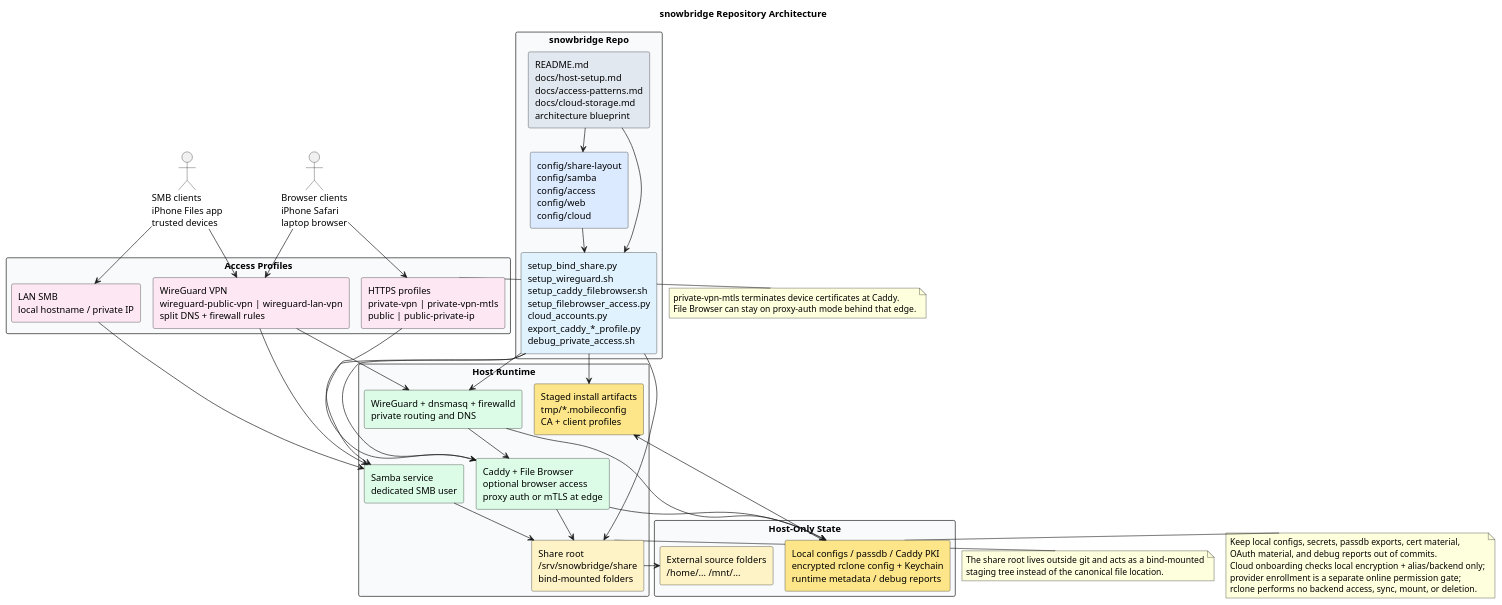
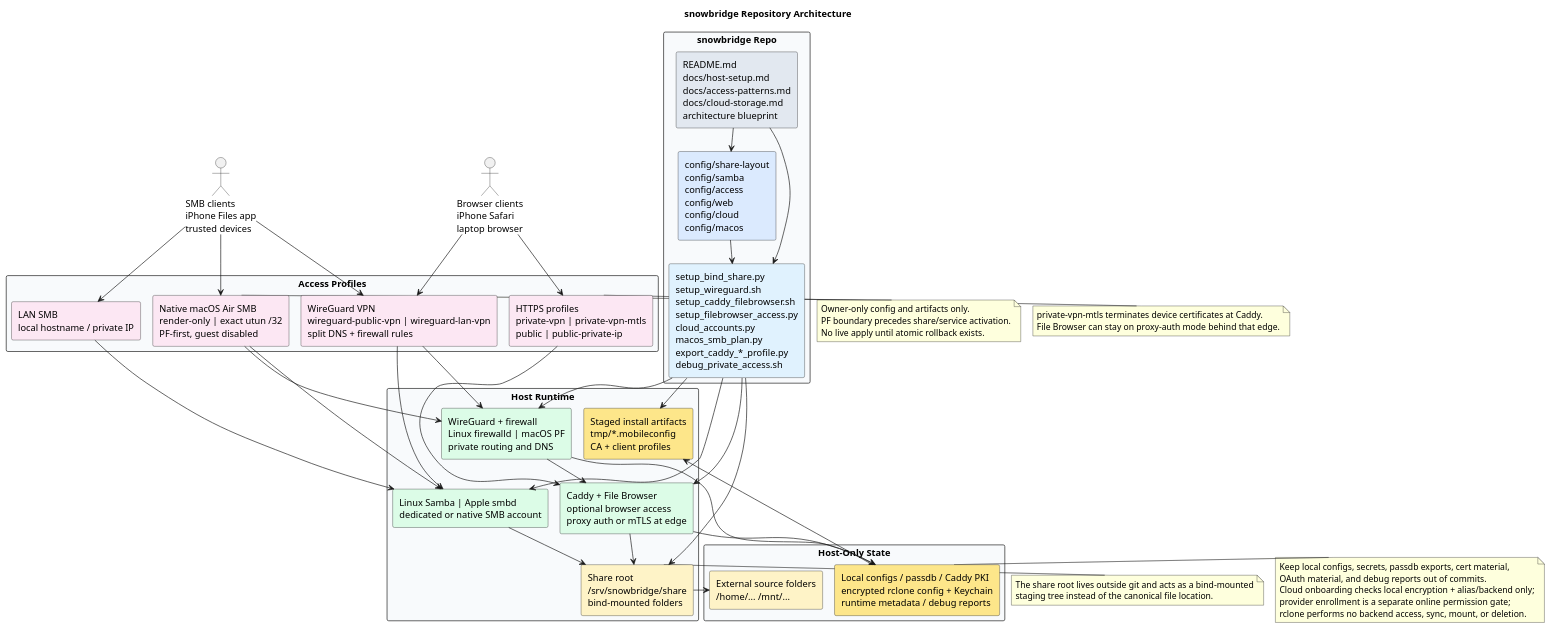
Before and after one commit to casonk/snowbridge: the diagram in docs/diagrams/repo-architecture.puml, drawn with PlantUML. The commit also changed 16 other files, not shown here.

First line of the commit message:
feat: add the macOS Air FileBrowser runtime and SMB share planner (#4)

```diff
--- a/docs/diagrams/repo-architecture.puml
+++ b/docs/diagrams/repo-architecture.puml
@@ -1,81 +1,91 @@
 @startuml
 !pragma layout smetana
 title snowbridge Repository Architecture
 skinparam shadowing false
 skinparam defaultFontName Monospace
 skinparam packageStyle rectangle
 skinparam linetype ortho
 
 actor "SMB clients\niPhone Files app\ntrusted devices" as smb_clients
 actor "Browser clients\niPhone Safari\nlaptop browser" as browser_clients
 
 package "Access Profiles" #F8FAFC {
   rectangle "LAN SMB\nlocal hostname / private IP" as lan_smb #FCE7F3
+  rectangle "Native macOS Air SMB\nrender-only | exact utun /32\nPF-first, guest disabled" as macos_air_smb #FCE7F3
   rectangle "WireGuard VPN\nwireguard-public-vpn | wireguard-lan-vpn\nsplit DNS + firewall rules" as wireguard_profiles #FCE7F3
   rectangle "HTTPS profiles\nprivate-vpn | private-vpn-mtls\npublic | public-private-ip" as https_profiles #FCE7F3
 }
 
 package "snowbridge Repo" #F8FAFC {
   rectangle "README.md\ndocs/host-setup.md\ndocs/access-patterns.md\ndocs/cloud-storage.md\narchitecture blueprint" as repo_docs #E2E8F0
-  rectangle "config/share-layout\nconfig/samba\nconfig/access\nconfig/web\nconfig/cloud" as repo_config #DBEAFE
-  rectangle "setup_bind_share.py\nsetup_wireguard.sh\nsetup_caddy_filebrowser.sh\nsetup_filebrowser_access.py\ncloud_accounts.py\nexport_caddy_*_profile.py\ndebug_private_access.sh" as repo_scripts #E0F2FE
+  rectangle "config/share-layout\nconfig/samba\nconfig/access\nconfig/web\nconfig/cloud\nconfig/macos" as repo_config #DBEAFE
+  rectangle "setup_bind_share.py\nsetup_wireguard.sh\nsetup_caddy_filebrowser.sh\nsetup_filebrowser_access.py\ncloud_accounts.py\nmacos_smb_plan.py\nexport_caddy_*_profile.py\ndebug_private_access.sh" as repo_scripts #E0F2FE
 }
 
 package "Host Runtime" #F8FAFC {
-  rectangle "Samba service\ndedicated SMB user" as samba_service #DCFCE7
+  rectangle "Linux Samba | Apple smbd\ndedicated or native SMB account" as samba_service #DCFCE7
   rectangle "Share root\n/srv/snowbridge/share\nbind-mounted folders" as share_root #FEF3C7
-  rectangle "WireGuard + dnsmasq + firewalld\nprivate routing and DNS" as private_access #DCFCE7
+  rectangle "WireGuard + firewall\nLinux firewalld | macOS PF\nprivate routing and DNS" as private_access #DCFCE7
   rectangle "Caddy + File Browser\noptional browser access\nproxy auth or mTLS at edge" as web_stack #DCFCE7
   rectangle "Staged install artifacts\ntmp/*.mobileconfig\nCA + client profiles" as staged_profiles #FDE68A
 }
 
 package "Host-Only State" #F8FAFC {
   rectangle "External source folders\n/home/... /mnt/..." as shared_files #FEF3C7
   rectangle "Local configs / passdb / Caddy PKI\nencrypted rclone config + Keychain\nruntime metadata / debug reports" as host_state #FDE68A
 }
 
 smb_clients --> lan_smb
+smb_clients --> macos_air_smb
 smb_clients --> wireguard_profiles
 browser_clients --> wireguard_profiles
 browser_clients --> https_profiles
 
 lan_smb --> samba_service
+macos_air_smb --> samba_service
+macos_air_smb --> private_access
 wireguard_profiles --> samba_service
 wireguard_profiles --> private_access
 private_access --> web_stack
 https_profiles --> web_stack
 
 repo_docs --> repo_config
 repo_docs --> repo_scripts
 repo_config --> repo_scripts
 repo_scripts --> samba_service
 repo_scripts --> share_root
 repo_scripts --> private_access
 repo_scripts --> web_stack
 repo_scripts --> staged_profiles
 
 samba_service --> share_root
 share_root --> shared_files
 private_access --> host_state
 web_stack --> share_root
 web_stack --> host_state
 host_state --> staged_profiles
 
 note right of https_profiles
   private-vpn-mtls terminates device certificates at Caddy.
   File Browser can stay on proxy-auth mode behind that edge.
 end note
 
 note right of share_root
   The share root lives outside git and acts as a bind-mounted
   staging tree instead of the canonical file location.
 end note
 
+note right of macos_air_smb
+  Owner-only config and artifacts only.
+  PF boundary precedes share/service activation.
+  No live apply until atomic rollback exists.
+end note
+
 note right of host_state
   Keep local configs, secrets, passdb exports, cert material,
   OAuth material, and debug reports out of commits.
   Cloud onboarding checks local encryption + alias/backend only;
   provider enrollment is a separate online permission gate;
   rclone performs no backend access, sync, mount, or deletion.
 end note
 @enduml
```
